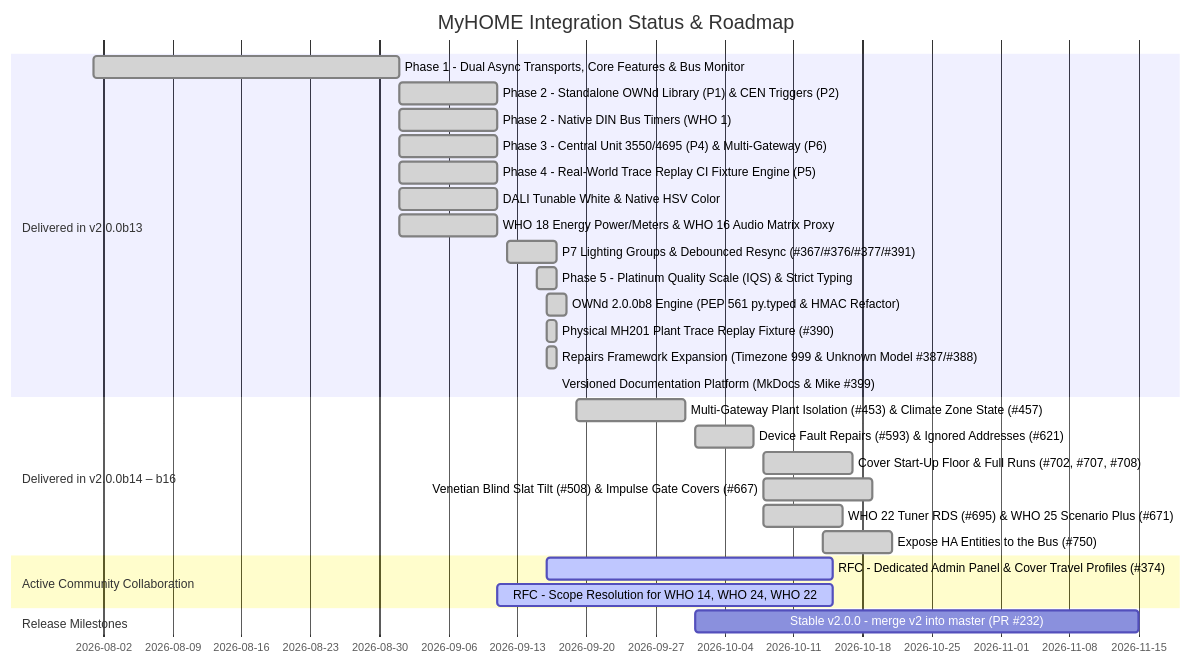
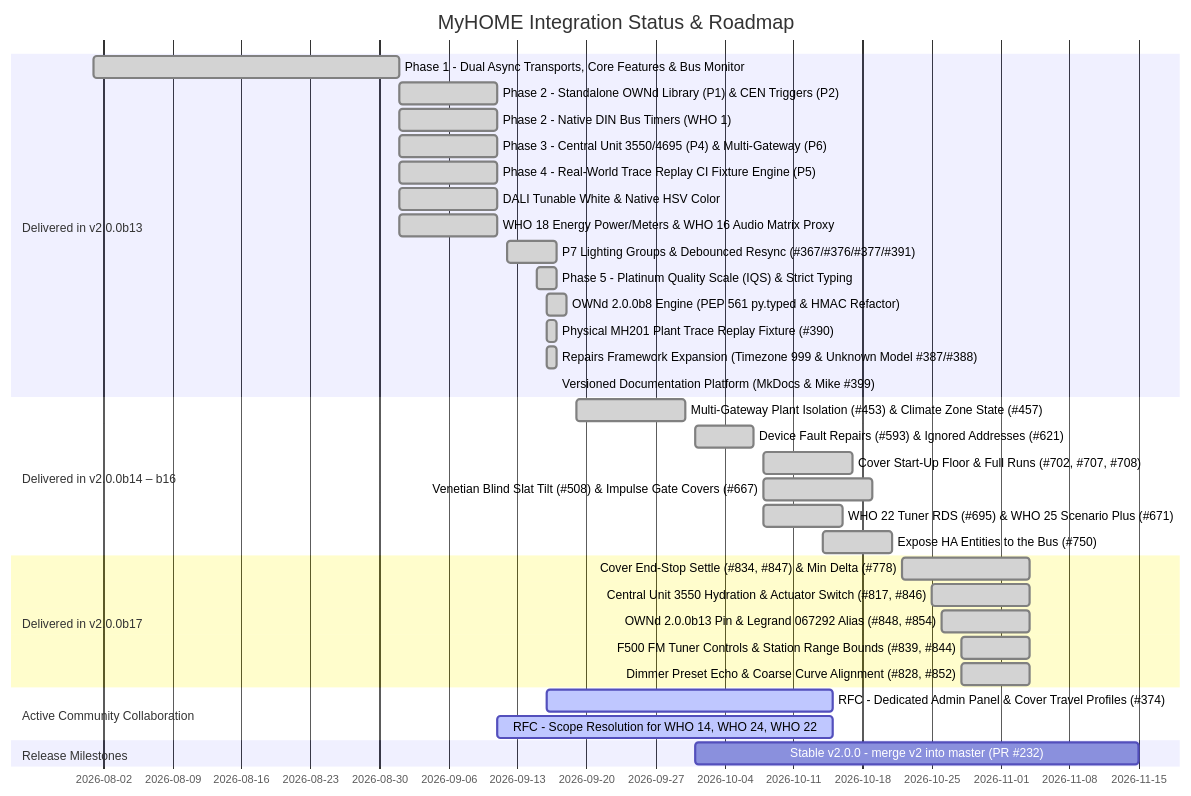
One commit to OpenWebNet-HA/MyHOME changed the first of 3 diagrams in ROADMAP.md. Above: the diagram before and after it, drawn with Mermaid. The commit also changed other lines of this file and 13 other files, not shown here.

````diff
--- a/ROADMAP.md
+++ b/ROADMAP.md
@@ -13,31 +13,37 @@
 ```mermaid
 gantt
     title MyHOME Integration Status & Roadmap
     dateFormat  YYYY-MM-DD
     section Delivered in v2.0.0b13
     Phase 1 - Dual Async Transports, Core Features & Bus Monitor    :done, 2026-08-01, 2026-09-01
     Phase 2 - Standalone OWNd Library (P1) & CEN Triggers (P2)      :done, 2026-09-01, 2026-09-11
     Phase 2 - Native DIN Bus Timers (WHO 1)                         :done, 2026-09-01, 2026-09-11
     Phase 3 - Central Unit 3550/4695 (P4) & Multi-Gateway (P6)      :done, 2026-09-01, 2026-09-11
     Phase 4 - Real-World Trace Replay CI Fixture Engine (P5)        :done, 2026-09-01, 2026-09-11
     DALI Tunable White & Native HSV Color                           :done, 2026-09-01, 2026-09-11
     WHO 18 Energy Power/Meters & WHO 16 Audio Matrix Proxy          :done, 2026-09-01, 2026-09-11
     P7 Lighting Groups & Debounced Resync (#367/#376/#377/#391)     :done, 2026-09-12, 2026-09-17
     Phase 5 - Platinum Quality Scale (IQS) & Strict Typing          :done, 2026-09-15, 2026-09-17
     OWNd 2.0.0b8 Engine (PEP 561 py.typed & HMAC Refactor)          :done, 2026-09-16, 2026-09-18
     Physical MH201 Plant Trace Replay Fixture (#390)                :done, 2026-09-16, 2026-09-17
     Repairs Framework Expansion (Timezone 999 & Unknown Model #387/#388) :done, 2026-09-16, 2026-09-17
     Versioned Documentation Platform (MkDocs & Mike #399)           :done, 2026-09-17, 2026-09-17
     section Delivered in v2.0.0b14 – b16
     Multi-Gateway Plant Isolation (#453) & Climate Zone State (#457) :done, 2026-09-19, 2026-09-30
     Device Fault Repairs (#593) & Ignored Addresses (#621)          :done, 2026-10-01, 2026-10-07
     Cover Start-Up Floor & Full Runs (#702, #707, #708)             :done, 2026-10-08, 2026-10-17
     Venetian Blind Slat Tilt (#508) & Impulse Gate Covers (#667)    :done, 2026-10-08, 2026-10-19
     WHO 22 Tuner RDS (#695) & WHO 25 Scenario Plus (#671)           :done, 2026-10-08, 2026-10-16
     Expose HA Entities to the Bus (#750)                            :done, 2026-10-14, 2026-10-21
+    section Delivered in v2.0.0b17
+    Cover End-Stop Settle (#834, #847) & Min Delta (#778)           :done, 2026-10-22, 2026-11-04
+    Central Unit 3550 Hydration & Actuator Switch (#817, #846)       :done, 2026-10-25, 2026-11-04
+    OWNd 2.0.0b13 Pin & Legrand 067292 Alias (#848, #854)           :done, 2026-10-26, 2026-11-04
+    F500 FM Tuner Controls & Station Range Bounds (#839, #844)       :done, 2026-10-28, 2026-11-04
+    Dimmer Preset Echo & Coarse Curve Alignment (#828, #852)         :done, 2026-10-28, 2026-11-04
     section Active Community Collaboration
     RFC - Dedicated Admin Panel & Cover Travel Profiles (#374)      :active, 2026-09-16, 2026-10-15
     RFC - Scope Resolution for WHO 14, WHO 24, WHO 22               :active, 2026-09-11, 2026-10-15
     section Release Milestones
     Stable v2.0.0 - merge v2 into master (PR #232)                  :2026-10-01, 2026-11-15
 ```
````
